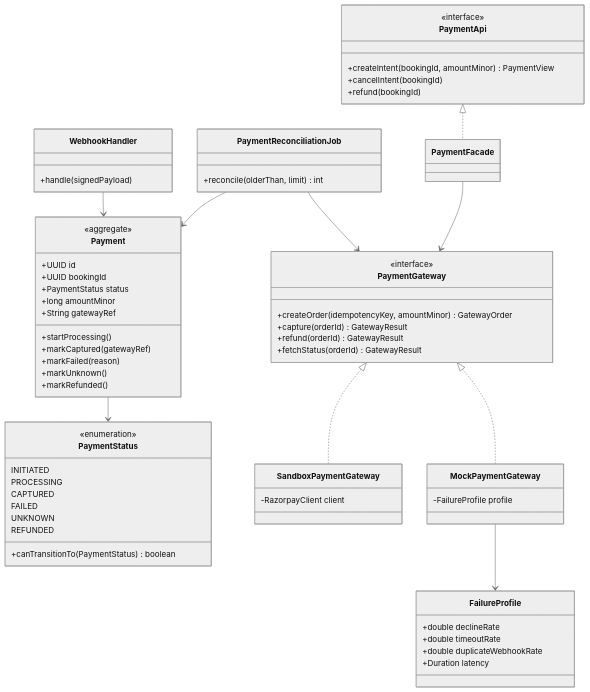
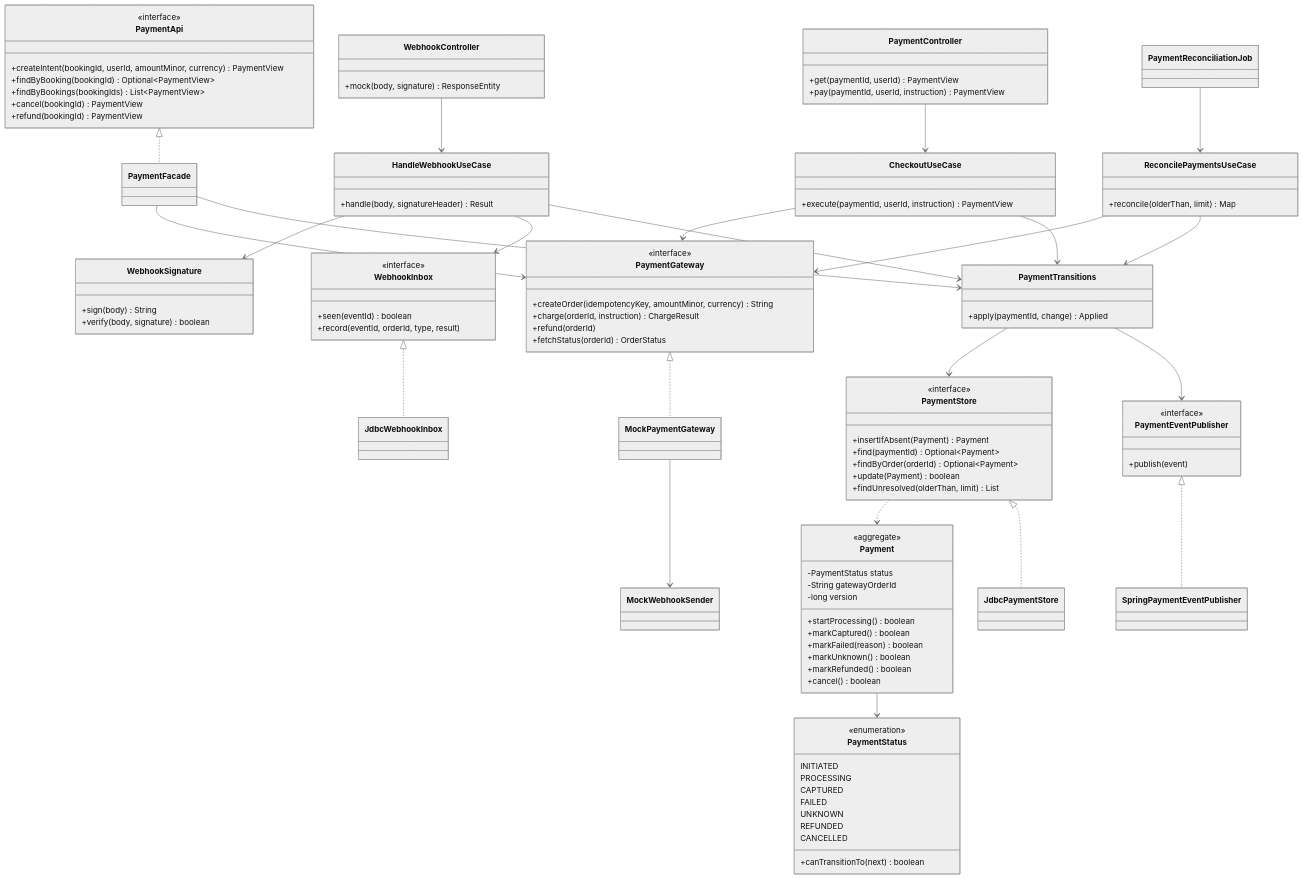
Before and after one commit to Vivek-122005/distributed-ticket-reservation-system: the fourth of 7 diagrams in docs/lld/class-diagrams.md, drawn with Mermaid (neutral theme). The commit also changed other lines of this file and 1 other file, not shown here.

First line of the commit message:
docs(lld): redraw class diagrams to match the built code

````diff
--- a/docs/lld/class-diagrams.md
+++ b/docs/lld/class-diagrams.md
@@ -342,18 +405,48 @@
 ```mermaid
 classDiagram
     direction TB
+    class PaymentApi {
+      <<interface>>
+      +createIntent(bookingId, userId, amountMinor, currency) PaymentView
+      +findByBooking(bookingId) Optional~PaymentView~
+      +findByBookings(bookingIds) List~PaymentView~
+      +cancel(bookingId) PaymentView
+      +refund(bookingId) PaymentView
+    }
+    class PaymentController {
+      +get(paymentId, userId) PaymentView
+      +pay(paymentId, userId, instruction) PaymentView
+    }
+    class WebhookController {
+      +mock(body, signature) ResponseEntity
+    }
+    class CheckoutUseCase {
+      +execute(paymentId, userId, instruction) PaymentView
+    }
+    class HandleWebhookUseCase {
+      +handle(body, signatureHeader) Result
+    }
+    class ReconcilePaymentsUseCase {
+      +reconcile(olderThan, limit) Map
+    }
+    class WebhookSignature {
+      +sign(body) String
+      +verify(body, signature) boolean
+    }
+    class PaymentTransitions {
+      +apply(paymentId, change) Applied
+    }
     class Payment {
       <<aggregate>>
-      +UUID id
-      +UUID bookingId
-      +PaymentStatus status
-      +long amountMinor
-      +String gatewayRef
-      +startProcessing()
-      +markCaptured(gatewayRef)
-      +markFailed(reason)
-      +markUnknown()
-      +markRefunded()
+      -PaymentStatus status
+      -String gatewayOrderId
+      -long version
+      +startProcessing() boolean
+      +markCaptured() boolean
+      +markFailed(reason) boolean
+      +markUnknown() boolean
+      +markRefunded() boolean
+      +cancel() boolean
     }
     class PaymentStatus {
       <<enumeration>>
@@ -363,46 +456,53 @@
       FAILED
       UNKNOWN
       REFUNDED
-      +canTransitionTo(PaymentStatus) boolean
-    }
-    class PaymentApi {
-      <<interface>>
-      +createIntent(bookingId, amountMinor) PaymentView
-      +cancelIntent(bookingId)
-      +refund(bookingId)
+      CANCELLED
+      +canTransitionTo(next) boolean
     }
     class PaymentGateway {
       <<interface>>
-      +createOrder(idempotencyKey, amountMinor) GatewayOrder
-      +capture(orderId) GatewayResult
-      +refund(orderId) GatewayResult
-      +fetchStatus(orderId) GatewayResult
+      +createOrder(idempotencyKey, amountMinor, currency) String
+      +charge(orderId, instruction) ChargeResult
+      +refund(orderId)
+      +fetchStatus(orderId) OrderStatus
     }
-    class MockPaymentGateway {
-      -FailureProfile profile
+    class PaymentStore {
+      <<interface>>
+      +insertIfAbsent(Payment) Payment
+      +find(paymentId) Optional~Payment~
+      +findByOrder(orderId) Optional~Payment~
+      +update(Payment) boolean
+      +findUnresolved(olderThan, limit) List
     }
-    class SandboxPaymentGateway {
-      -RazorpayClient client
+    class WebhookInbox {
+      <<interface>>
+      +seen(eventId) boolean
+      +record(eventId, orderId, type, result)
     }
-    class WebhookHandler {
-      +handle(signedPayload)
+    class PaymentEventPublisher {
+      <<interface>>
+      +publish(event)
     }
-    class PaymentReconciliationJob {
-      +reconcile(olderThan, limit) int
-    }
-    class FailureProfile {
-      +double declineRate
-      +double timeoutRate
-      +double duplicateWebhookRate
-      +Duration latency
-    }
-    Payment --> PaymentStatus
     PaymentApi <|.. PaymentFacade
     PaymentFacade --> PaymentGateway
+    PaymentFacade --> PaymentTransitions
+    PaymentController --> CheckoutUseCase
+    WebhookController --> HandleWebhookUseCase
+    PaymentReconciliationJob --> ReconcilePaymentsUseCase
+    CheckoutUseCase --> PaymentGateway
+    CheckoutUseCase --> PaymentTransitions
+    HandleWebhookUseCase --> WebhookSignature
+    HandleWebhookUseCase --> WebhookInbox
+    HandleWebhookUseCase --> PaymentTransitions
+    ReconcilePaymentsUseCase --> PaymentGateway
+    ReconcilePaymentsUseCase --> PaymentTransitions
+    PaymentTransitions --> PaymentStore
+    PaymentTransitions --> PaymentEventPublisher
+    PaymentStore ..> Payment
+    Payment --> PaymentStatus
     PaymentGateway <|.. MockPaymentGateway
-    PaymentGateway <|.. SandboxPaymentGateway
-    MockPaymentGateway --> FailureProfile
-    WebhookHandler --> Payment
-    PaymentReconciliationJob --> PaymentGateway
-    PaymentReconciliationJob --> Payment
+    MockPaymentGateway --> MockWebhookSender
+    PaymentStore <|.. JdbcPaymentStore
+    WebhookInbox <|.. JdbcWebhookInbox
+    PaymentEventPublisher <|.. SpringPaymentEventPublisher
 ```
````
